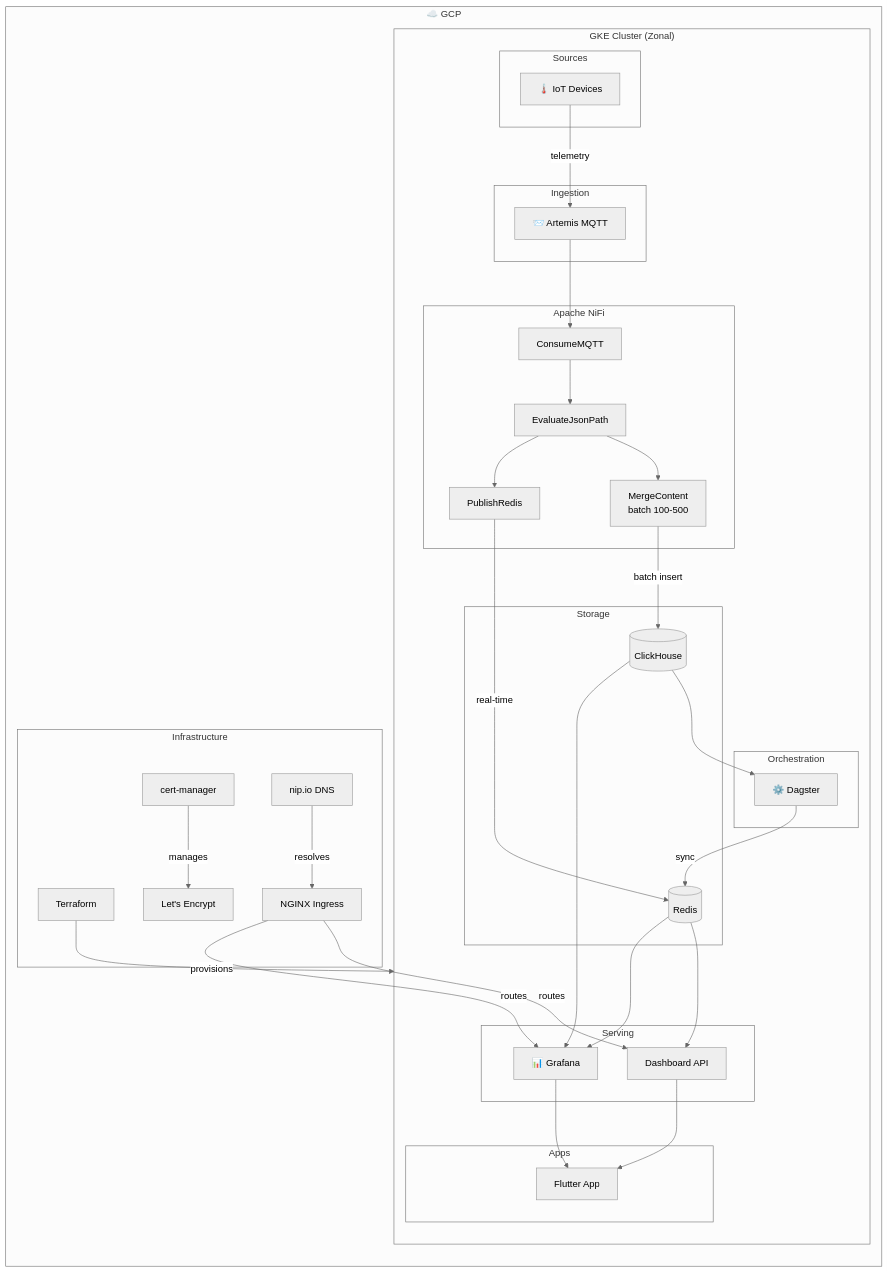
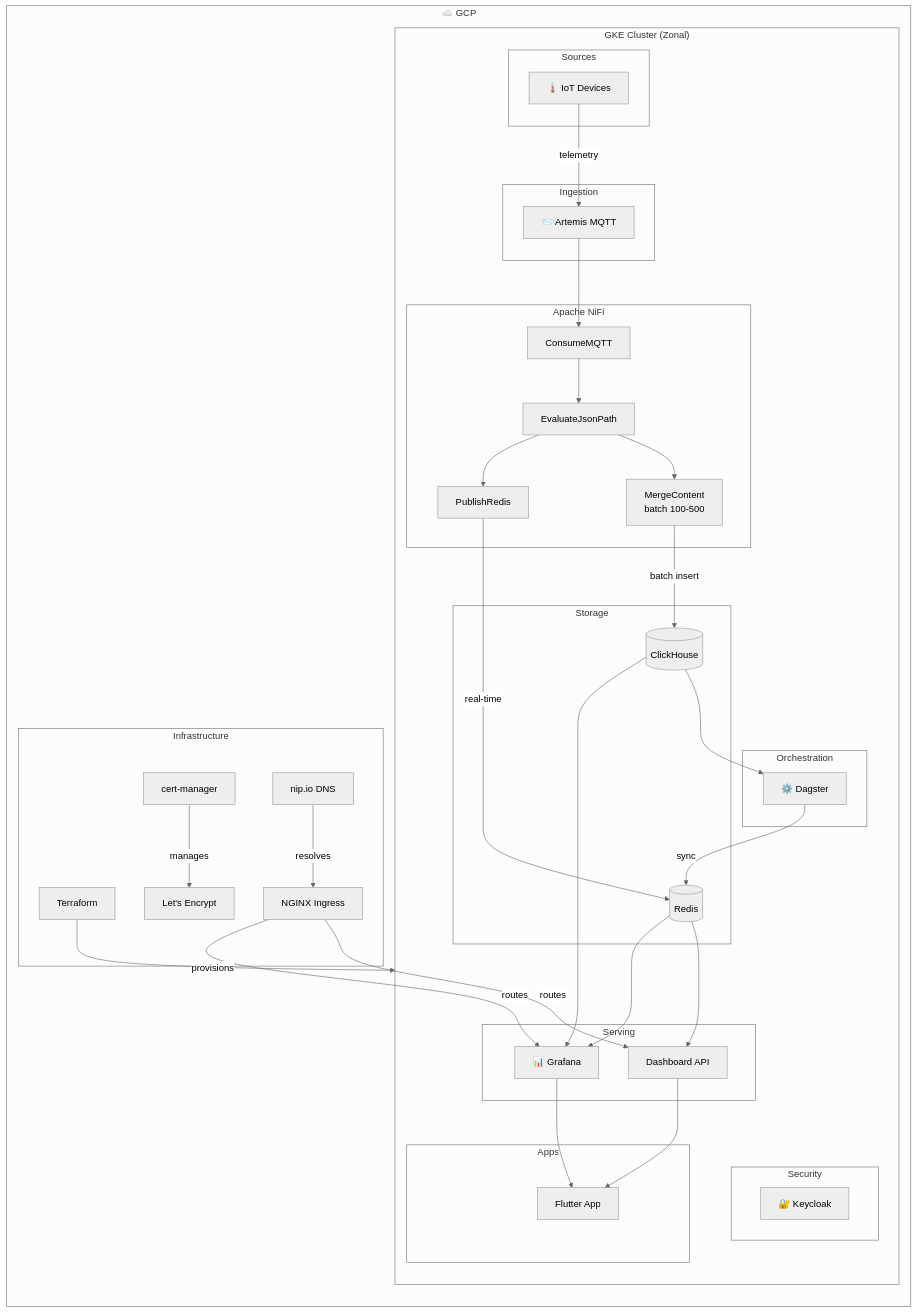
Before and after one commit to rammi-dev/mqtt-artemis: the first of 3 diagrams in docs/ARCHITECTURE.md, drawn with Mermaid (neutral theme). The commit also changed other lines of this file and 21 other files, not shown here.

````diff
--- a/docs/ARCHITECTURE.md
+++ b/docs/ARCHITECTURE.md
@@ -9,68 +9,72 @@
 ```mermaid
 flowchart LR
     subgraph Cloud ["☁️ GCP"]
         subgraph GKE ["GKE Cluster (Zonal)"]
             subgraph Sources
                 IoT[🌡️ IoT Devices]
             end
 
             subgraph Ingestion
                 MQTT[📨 Artemis MQTT]
             end
 
             subgraph Processing ["Apache NiFi"]
                 Consume[ConsumeMQTT]
                 Eval[EvaluateJsonPath]
                 Merge[MergeContent<br/>batch 100-500]
                 PubRedis[PublishRedis]
             end
 
             subgraph Storage
                 CH[(ClickHouse)]
                 Redis[(Redis)]
             end
 
             subgraph Orchestration
                 Dagster[⚙️ Dagster]
             end
 
             subgraph Serving
                 API[Dashboard API]
                 Grafana[📊 Grafana]
+            end
+            
+            subgraph Security
+                Keycloak[🔐 Keycloak]
             end
 
             subgraph Apps
                 Dashboard[Flutter App]
             end
         end
         
         subgraph Infra ["Infrastructure"]
             TF[Terraform]
             CM[cert-manager]
             LE[Let's Encrypt]
             Ingress[NGINX Ingress]
             NipIO[nip.io DNS]
         end
     end
 
     TF -->|provisions| GKE
     CM -->|manages| LE
     Ingress -->|routes| API
     Ingress -->|routes| Grafana
     NipIO -->|resolves| Ingress
 
     IoT -->|telemetry| MQTT
     MQTT --> Consume
     Consume --> Eval
     Eval --> Merge
     Eval --> PubRedis
     Merge -->|batch insert| CH
     PubRedis -->|real-time| Redis
     CH --> Dagster
     Dagster -->|sync| Redis
     Redis --> API
     CH --> Grafana
     Redis --> Grafana
     API --> Dashboard
     Grafana --> Dashboard
 ```
````
